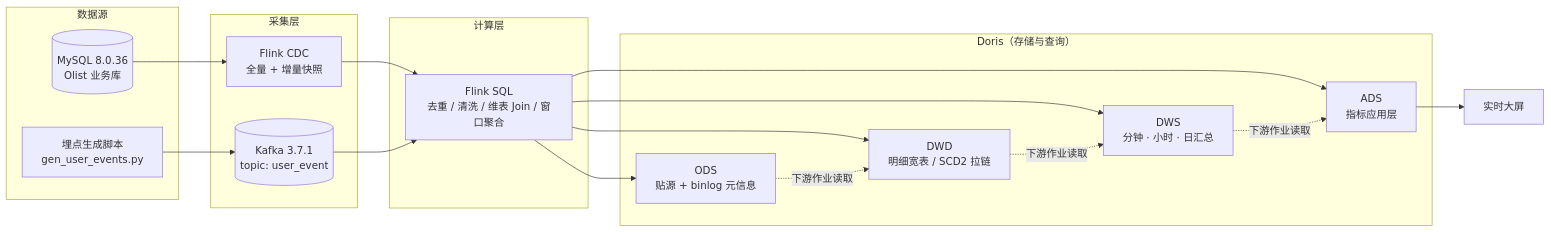
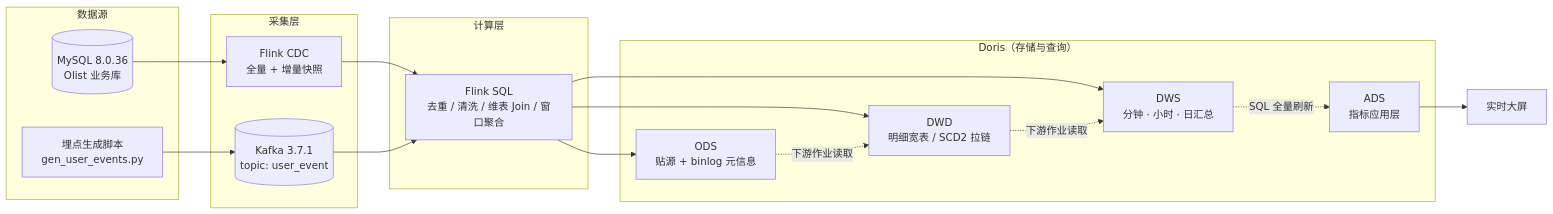
Before and after one commit to Enrrish/ecommerce-real-time-datawarehouse: the diagram in README.md, drawn with Mermaid. The commit also changed other lines of this file and 3 other files, not shown here.

````diff
--- a/README.md
+++ b/README.md
@@ -25,36 +25,35 @@
 ```mermaid
 flowchart LR
     subgraph SRC["数据源"]
         MYSQL[("MySQL 8.0.36<br/>Olist 业务库")]
         GEN["埋点生成脚本<br/>gen_user_events.py"]
     end
 
     subgraph ING["采集层"]
         CDC["Flink CDC<br/>全量 + 增量快照"]
         KAFKA[("Kafka 3.7.1<br/>topic: user_event")]
     end
 
     subgraph COMPUTE["计算层"]
         FLINK["Flink SQL<br/>去重 / 清洗 / 维表 Join / 窗口聚合"]
     end
 
     subgraph OLAP["Doris（存储与查询）"]
         ODS["ODS<br/>贴源 + binlog 元信息"]
         DWD["DWD<br/>明细宽表 / SCD2 拉链"]
         DWS["DWS<br/>分钟 · 小时 · 日汇总"]
         ADS["ADS<br/>指标应用层"]
     end
 
     DASH["实时大屏"]
 
     MYSQL --> CDC --> FLINK
     GEN --> KAFKA --> FLINK
     FLINK --> ODS
     FLINK --> DWD
     FLINK --> DWS
-    FLINK --> ADS
     ODS -. 下游作业读取 .-> DWD
     DWD -. 下游作业读取 .-> DWS
-    DWS -. 下游作业读取 .-> ADS
+    DWS -. SQL 全量刷新 .-> ADS
     ADS --> DASH
 ```
````
